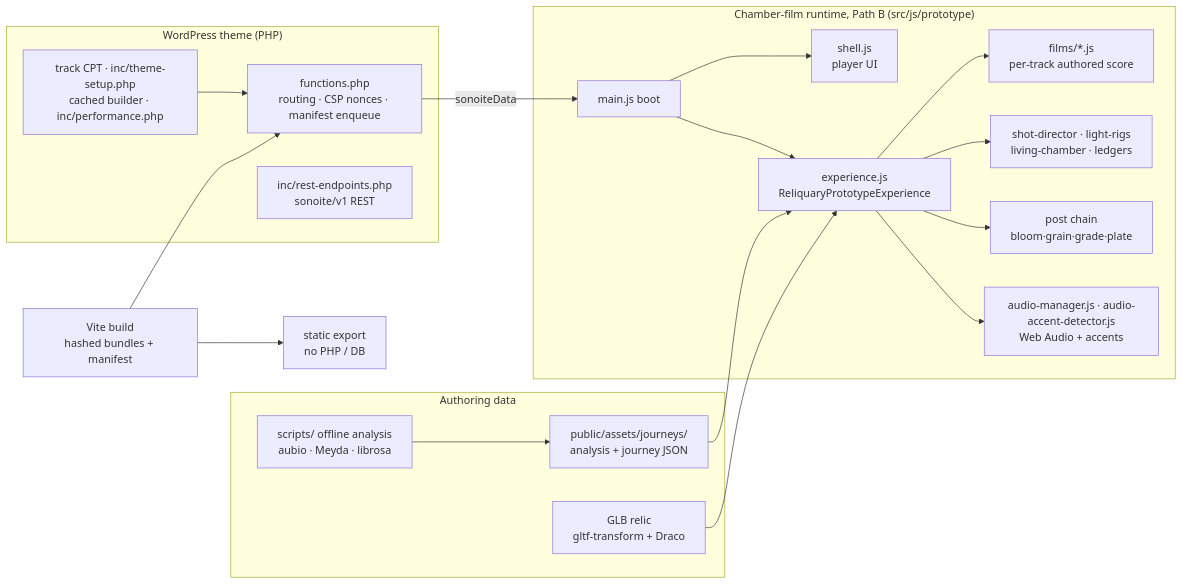
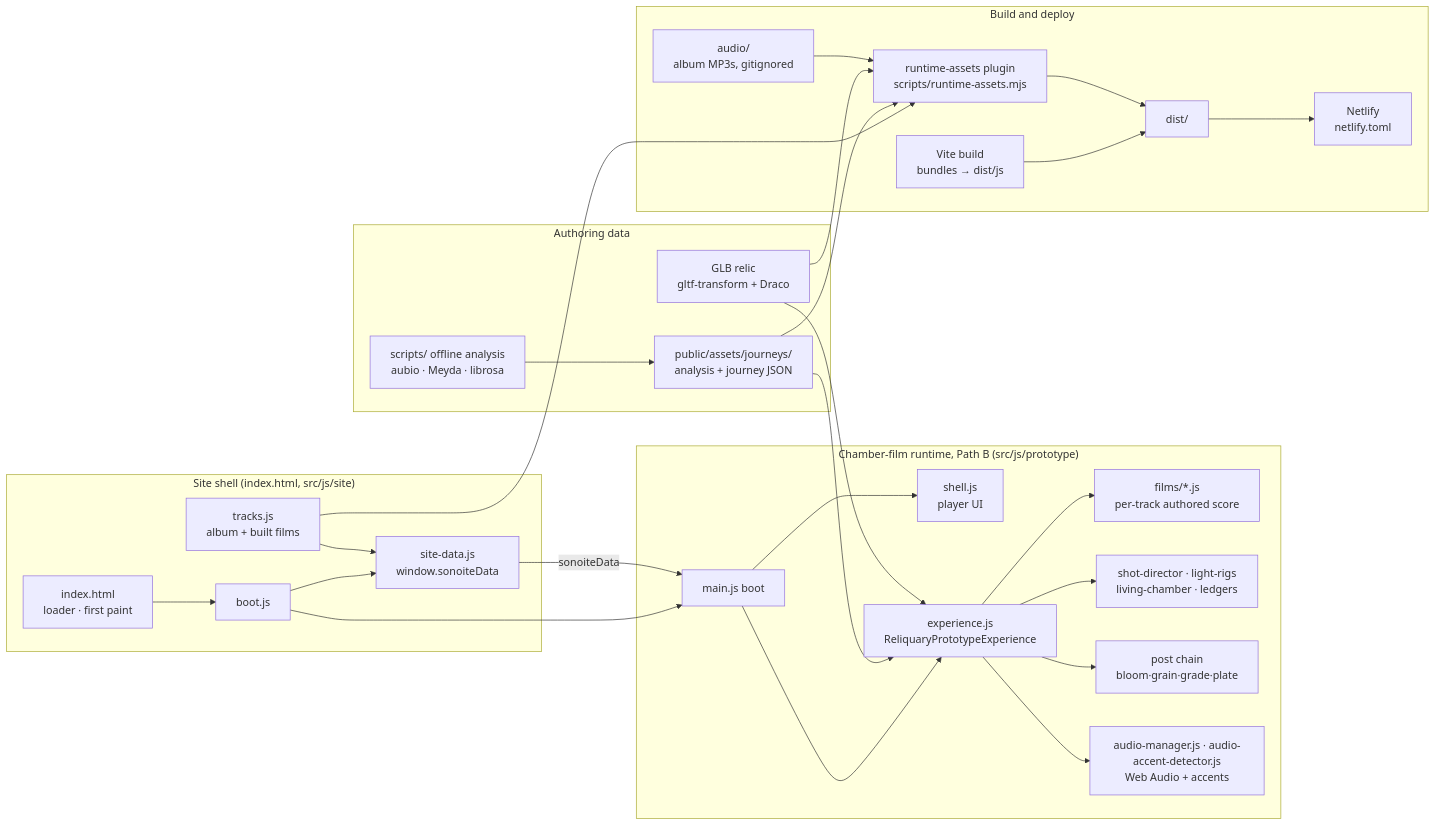
The diagram in README.md (rremedio-web/sonoite), drawn with Mermaid before and after one commit. The commit also changed other lines of this file and 46 other files, not shown here.

First line of the commit message:
Detach from WordPress: run as a standalone Vite site

````diff
--- a/README.md
+++ b/README.md
@@ -55,26 +55,38 @@
 ```mermaid
 flowchart LR
-  subgraph WP["WordPress theme (PHP)"]
-    F[functions.php<br/>routing · CSP nonces · manifest enqueue]
-    R[inc/rest-endpoints.php<br/>sonoite/v1 REST]
-    C[track CPT · inc/theme-setup.php<br/>cached builder · inc/performance.php]
+  subgraph SITE["Site shell (index.html, src/js/site)"]
+    H[index.html<br/>loader · first paint] --> B[boot.js]
+    B --> PD[site-data.js<br/>window.sonoiteData]
+    T[tracks.js<br/>album + built films] --> PD
   end
   subgraph JS["Chamber-film runtime, Path B (src/js/prototype)"]
     M[main.js boot] --> S[shell.js<br/>player UI]
     M --> E[experience.js<br/>ReliquaryPrototypeExperience]
     E --> FI[films/*.js<br/>per-track authored score]
     E --> SD[shot-director · light-rigs<br/>living-chamber · ledgers]
     E --> PP[post chain<br/>bloom·grain·grade·plate]
     E --> AM[audio-manager.js · audio-accent-detector.js<br/>Web Audio + accents]
   end
   subgraph DATA["Authoring data"]
     A[scripts/ offline analysis<br/>aubio · Meyda · librosa] --> J[public/assets/journeys/<br/>analysis + journey JSON]
     G[GLB relic<br/>gltf-transform + Draco]
   end
-  F -- sonoiteData --> M
-  C --> F
+  subgraph BUILD["Build and deploy"]
+    V[Vite build<br/>bundles → dist/js]
+    RA[runtime-assets plugin<br/>scripts/runtime-assets.mjs]
+    AU[audio/<br/>album MP3s, gitignored]
+    D[dist/]
+    N[Netlify<br/>netlify.toml]
+  end
+  B --> M
+  PD -- sonoiteData --> M
   J --> E
   G --> E
-  V[Vite build<br/>hashed bundles + manifest] --> F
-  V --> X[static export<br/>no PHP / DB]
+  T --> RA
+  J --> RA
+  G --> RA
+  AU --> RA
+  V --> D
+  RA --> D
+  D --> N
 ```
````
